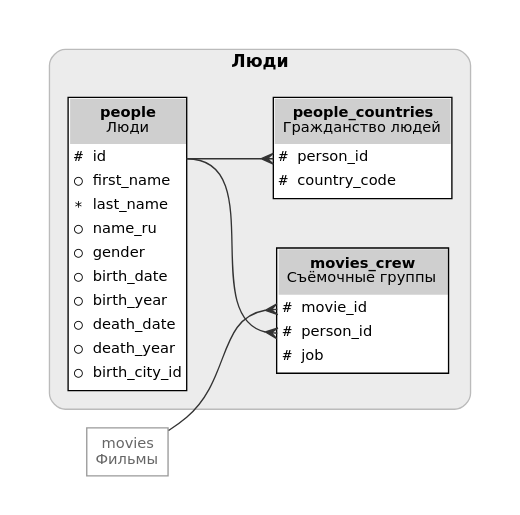
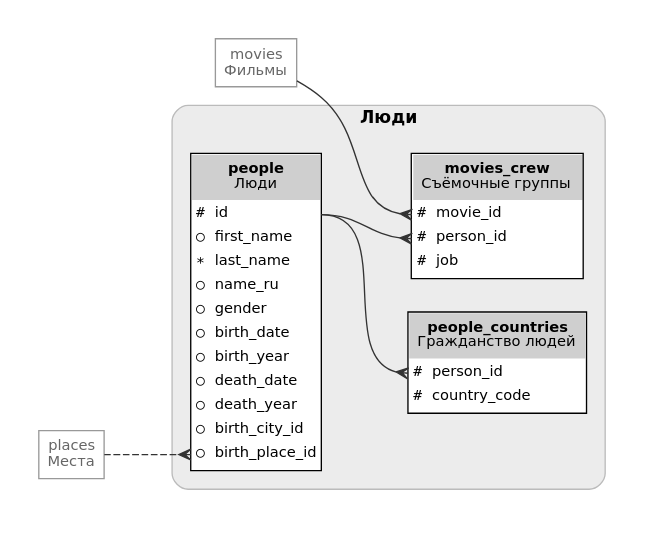
Before and after one commit to Hammerhall/hammerhall-data: the diagram in mov/schema/schema-people.dot, drawn with Graphviz. The commit also changed 39 other files, not shown here.

```diff
--- a/mov/schema/schema-people.dot
+++ b/mov/schema/schema-people.dot
@@ -1,18 +1,20 @@
 // mov-data-v1 — группа «Люди»: все поля её таблиц; таблицы других групп, на которые они ссылаются, — серой рамкой.
 // Сгенерировано из описания схемы; руками не править. Картинка (SVG): tools/schema-svg.sh mov.
 digraph schema {
   graph [rankdir=LR, fontname="DejaVu Sans", fontsize=13, nodesep=0.35, ranksep=0.9, pad=0.3, splines=true, newrank=true];
   node [shape=plain, fontname="DejaVu Sans", fontsize=11];
   edge [dir=both, arrowtail=none, arrowhead=crow, arrowsize=0.9, color="#333333"];
   subgraph "cluster_people" {
     label=<<B>Люди</B>>;
     style="rounded,filled"; fillcolor="#ececec"; color="#bbbbbb"; margin=14;
-    "people" [label=<<TABLE BORDER="1" CELLBORDER="0" CELLSPACING="0" CELLPADDING="3" BGCOLOR="white"><TR><TD BGCOLOR="#cfcfcf" CELLPADDING="6"><B>people</B><BR/>Люди</TD></TR><TR><TD CELLPADDING="1"></TD></TR><TR><TD ALIGN="LEFT" PORT="id"><FONT FACE="DejaVu Sans Mono"># </FONT>id</TD></TR><TR><TD ALIGN="LEFT" PORT="first_name"><FONT FACE="DejaVu Sans Mono">○ </FONT>first_name</TD></TR><TR><TD ALIGN="LEFT" PORT="last_name"><FONT FACE="DejaVu Sans Mono">∗ </FONT>last_name</TD></TR><TR><TD ALIGN="LEFT" PORT="name_ru"><FONT FACE="DejaVu Sans Mono">○ </FONT>name_ru</TD></TR><TR><TD ALIGN="LEFT" PORT="gender"><FONT FACE="DejaVu Sans Mono">○ </FONT>gender</TD></TR><TR><TD ALIGN="LEFT" PORT="birth_date"><FONT FACE="DejaVu Sans Mono">○ </FONT>birth_date</TD></TR><TR><TD ALIGN="LEFT" PORT="birth_year"><FONT FACE="DejaVu Sans Mono">○ </FONT>birth_year</TD></TR><TR><TD ALIGN="LEFT" PORT="death_date"><FONT FACE="DejaVu Sans Mono">○ </FONT>death_date</TD></TR><TR><TD ALIGN="LEFT" PORT="death_year"><FONT FACE="DejaVu Sans Mono">○ </FONT>death_year</TD></TR><TR><TD ALIGN="LEFT" PORT="birth_city_id"><FONT FACE="DejaVu Sans Mono">○ </FONT>birth_city_id</TD></TR><TR><TD CELLPADDING="1"></TD></TR></TABLE>>];
+    "people" [label=<<TABLE BORDER="1" CELLBORDER="0" CELLSPACING="0" CELLPADDING="3" BGCOLOR="white"><TR><TD BGCOLOR="#cfcfcf" CELLPADDING="6"><B>people</B><BR/>Люди</TD></TR><TR><TD CELLPADDING="1"></TD></TR><TR><TD ALIGN="LEFT" PORT="id"><FONT FACE="DejaVu Sans Mono"># </FONT>id</TD></TR><TR><TD ALIGN="LEFT" PORT="first_name"><FONT FACE="DejaVu Sans Mono">○ </FONT>first_name</TD></TR><TR><TD ALIGN="LEFT" PORT="last_name"><FONT FACE="DejaVu Sans Mono">∗ </FONT>last_name</TD></TR><TR><TD ALIGN="LEFT" PORT="name_ru"><FONT FACE="DejaVu Sans Mono">○ </FONT>name_ru</TD></TR><TR><TD ALIGN="LEFT" PORT="gender"><FONT FACE="DejaVu Sans Mono">○ </FONT>gender</TD></TR><TR><TD ALIGN="LEFT" PORT="birth_date"><FONT FACE="DejaVu Sans Mono">○ </FONT>birth_date</TD></TR><TR><TD ALIGN="LEFT" PORT="birth_year"><FONT FACE="DejaVu Sans Mono">○ </FONT>birth_year</TD></TR><TR><TD ALIGN="LEFT" PORT="death_date"><FONT FACE="DejaVu Sans Mono">○ </FONT>death_date</TD></TR><TR><TD ALIGN="LEFT" PORT="death_year"><FONT FACE="DejaVu Sans Mono">○ </FONT>death_year</TD></TR><TR><TD ALIGN="LEFT" PORT="birth_city_id"><FONT FACE="DejaVu Sans Mono">○ </FONT>birth_city_id</TD></TR><TR><TD ALIGN="LEFT" PORT="birth_place_id"><FONT FACE="DejaVu Sans Mono">○ </FONT>birth_place_id</TD></TR><TR><TD CELLPADDING="1"></TD></TR></TABLE>>];
     "people_countries" [label=<<TABLE BORDER="1" CELLBORDER="0" CELLSPACING="0" CELLPADDING="3" BGCOLOR="white"><TR><TD BGCOLOR="#cfcfcf" CELLPADDING="6"><B>people_countries</B><BR/>Гражданство людей</TD></TR><TR><TD CELLPADDING="1"></TD></TR><TR><TD ALIGN="LEFT" PORT="person_id"><FONT FACE="DejaVu Sans Mono"># </FONT>person_id</TD></TR><TR><TD ALIGN="LEFT" PORT="country_code"><FONT FACE="DejaVu Sans Mono"># </FONT>country_code</TD></TR><TR><TD CELLPADDING="1"></TD></TR></TABLE>>];
     "movies_crew" [label=<<TABLE BORDER="1" CELLBORDER="0" CELLSPACING="0" CELLPADDING="3" BGCOLOR="white"><TR><TD BGCOLOR="#cfcfcf" CELLPADDING="6"><B>movies_crew</B><BR/>Съёмочные группы</TD></TR><TR><TD CELLPADDING="1"></TD></TR><TR><TD ALIGN="LEFT" PORT="movie_id"><FONT FACE="DejaVu Sans Mono"># </FONT>movie_id</TD></TR><TR><TD ALIGN="LEFT" PORT="person_id"><FONT FACE="DejaVu Sans Mono"># </FONT>person_id</TD></TR><TR><TD ALIGN="LEFT" PORT="job"><FONT FACE="DejaVu Sans Mono"># </FONT>job</TD></TR><TR><TD CELLPADDING="1"></TD></TR></TABLE>>];
   }
   "movies" [label=<<TABLE BORDER="1" CELLBORDER="0" CELLSPACING="0" CELLPADDING="5" COLOR="#999999" BGCOLOR="white"><TR><TD><FONT COLOR="#666666">movies<BR/>Фильмы</FONT></TD></TR></TABLE>>];
+  "places" [label=<<TABLE BORDER="1" CELLBORDER="0" CELLSPACING="0" CELLPADDING="5" COLOR="#999999" BGCOLOR="white"><TR><TD><FONT COLOR="#666666">places<BR/>Места</FONT></TD></TR></TABLE>>];
+  "places" -> "people":"birth_place_id" [style=dashed];
   "people":"id" -> "people_countries":"person_id";
   "movies" -> "movies_crew":"movie_id";
   "people":"id" -> "movies_crew":"person_id";
 }
```
